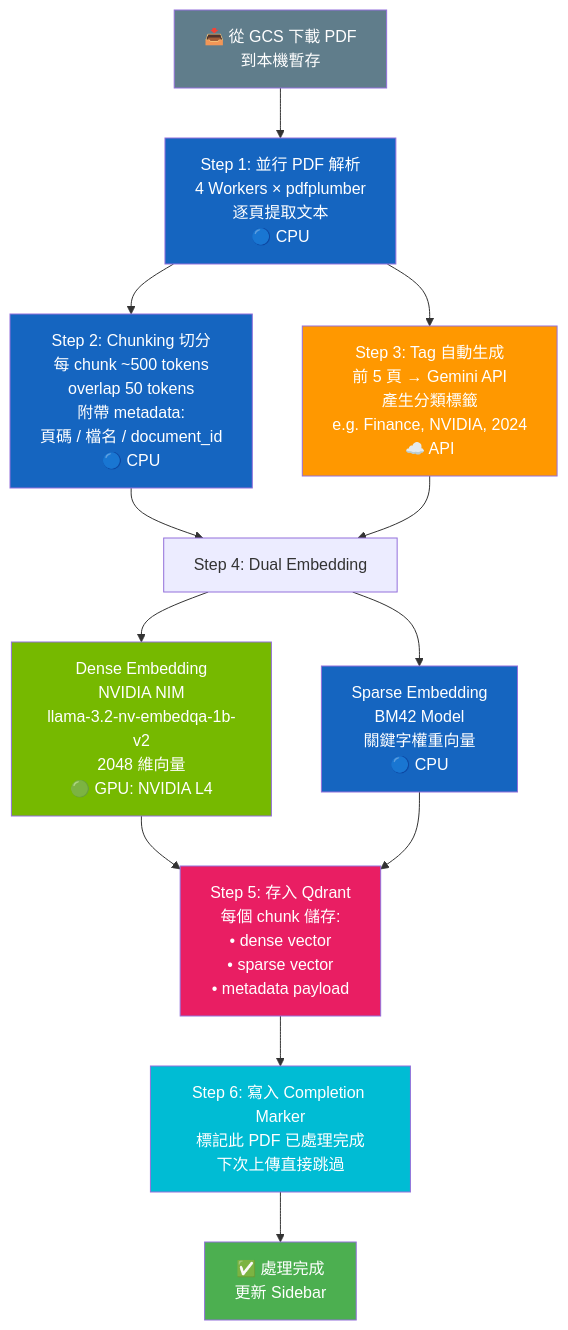
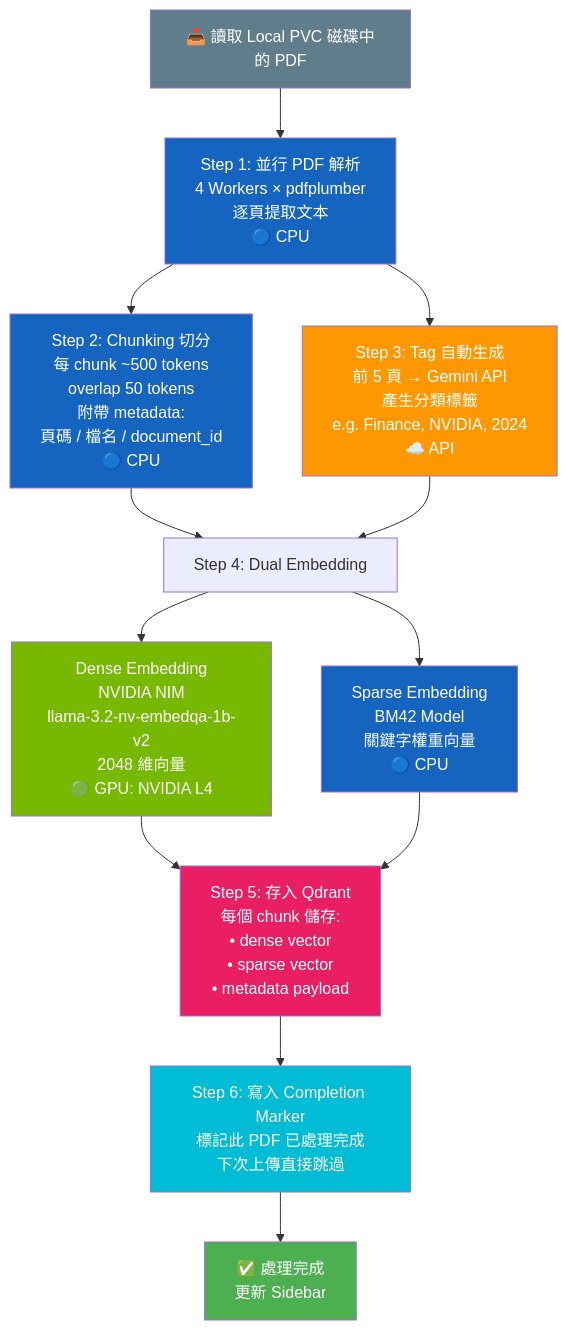
The third of 6 diagrams in docs/pdf_pipeline_flowchart.md (spike688023/pdf_parser_agent), drawn with Mermaid before and after one commit. The commit also changed other lines of this file and 2 other files, not shown here.

Commit message:
refactor: remove GCS dependency and update documentation to reflect local PVC storage

````diff
--- a/docs/pdf_pipeline_flowchart.md
+++ b/docs/pdf_pipeline_flowchart.md
@@ -85,32 +67,32 @@
 ```mermaid
 flowchart TD
-    A["📥 從 GCS 下載 PDF<br/>到本機暫存"] --> B["Step 1: 並行 PDF 解析<br/>4 Workers × pdfplumber<br/>逐頁提取文本<br/>🔵 CPU"]
+    A["📥 讀取 Local PVC 磁碟中的 PDF"] --> B["Step 1: 並行 PDF 解析<br/>4 Workers × pdfplumber<br/>逐頁提取文本<br/>🔵 CPU"]
     
     B --> C["Step 2: Chunking 切分<br/>每 chunk ~500 tokens<br/>overlap 50 tokens<br/>附帶 metadata:<br/>頁碼 / 檔名 / document_id<br/>🔵 CPU"]
     
     B --> D["Step 3: Tag 自動生成<br/>前 5 頁 → Gemini API<br/>產生分類標籤<br/>e.g. Finance, NVIDIA, 2024<br/>☁️ API"]
     
     C --> E[Step 4: Dual Embedding]
     D --> E
     
     E --> F["Dense Embedding<br/>NVIDIA NIM<br/>llama-3.2-nv-embedqa-1b-v2<br/>2048 維向量<br/>🟢 GPU: NVIDIA L4"]
     
     E --> G["Sparse Embedding<br/>BM42 Model<br/>關鍵字權重向量<br/>🔵 CPU"]
     
     F --> H["Step 5: 存入 Qdrant<br/>每個 chunk 儲存:<br/>• dense vector<br/>• sparse vector<br/>• metadata payload"]
     G --> H
     
     H --> I["Step 6: 寫入 Completion Marker<br/>標記此 PDF 已處理完成<br/>下次上傳直接跳過"]
     
     I --> J[✅ 處理完成<br/>更新 Sidebar]
 
     style A fill:#607D8B,color:#fff
     style B fill:#1565C0,color:#fff
     style C fill:#1565C0,color:#fff
     style D fill:#FF9800,color:#fff
     style F fill:#76B900,color:#fff
     style G fill:#1565C0,color:#fff
     style H fill:#E91E63,color:#fff
     style I fill:#00BCD4,color:#fff
     style J fill:#4CAF50,color:#fff
 ```
````
